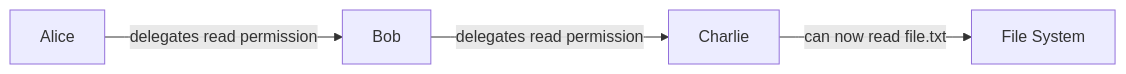
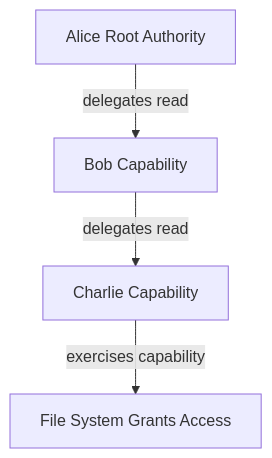
One commit to cwaring/ucan.xyz changed the first of 2 diagrams in scripts/templates/getting-started.md. Above: the diagram before and after it, drawn with Mermaid. The commit also changed other lines of this file and 4 other files, not shown here.

````diff
--- a/scripts/templates/getting-started.md
+++ b/scripts/templates/getting-started.md
@@ -43,6 +56,6 @@
 ```mermaid
-graph LR
-    A[Alice] -->|delegates read permission| B[Bob]
-    B -->|delegates read permission| C[Charlie]
-    C -->|can now read file.txt| D[File System]
+graph TD
+    A[Alice Root Authority] -->|delegates read| B[Bob Capability]
+    B -->|delegates read| C[Charlie Capability] 
+    C -->|exercises capability| D[File System Grants Access]
 ```
````
